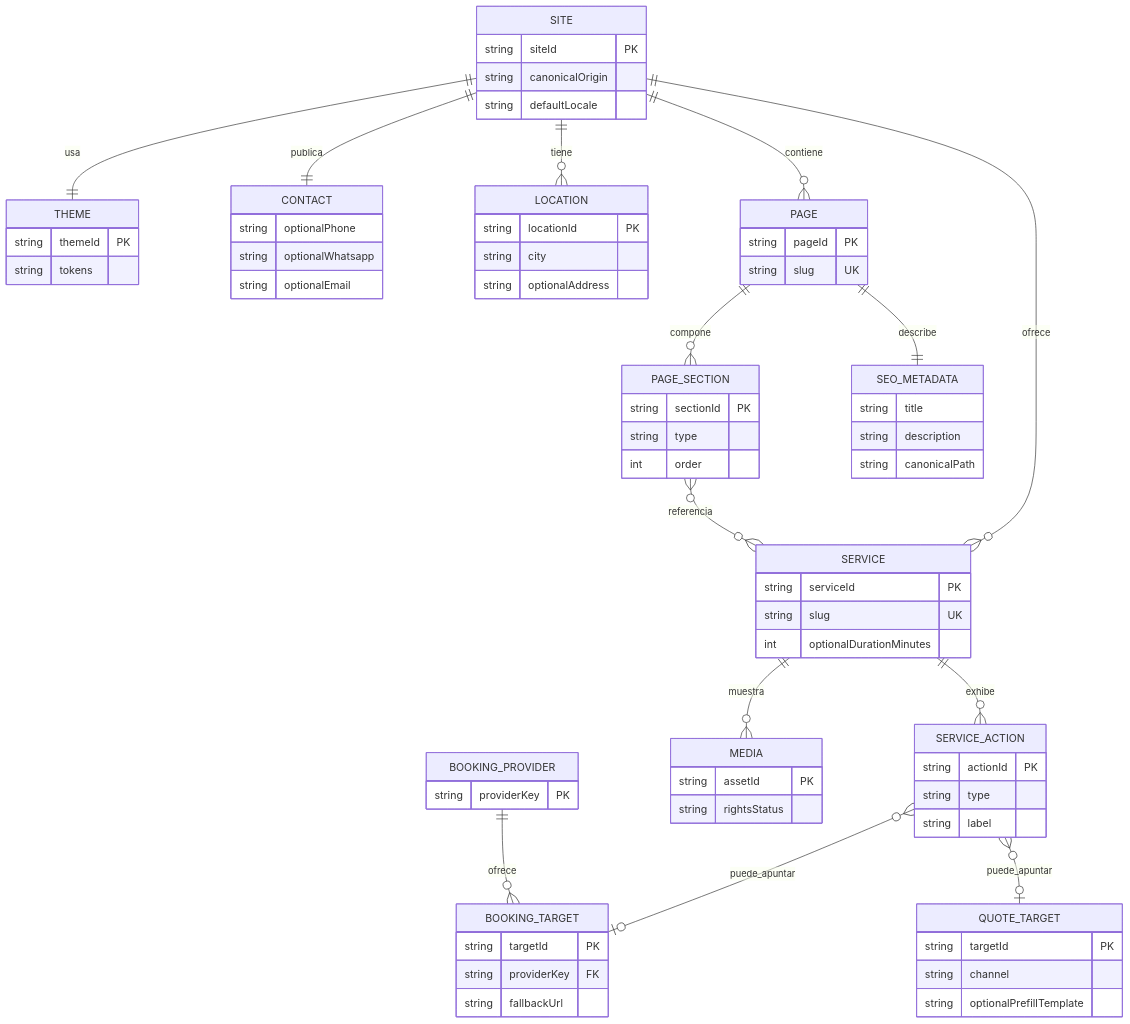
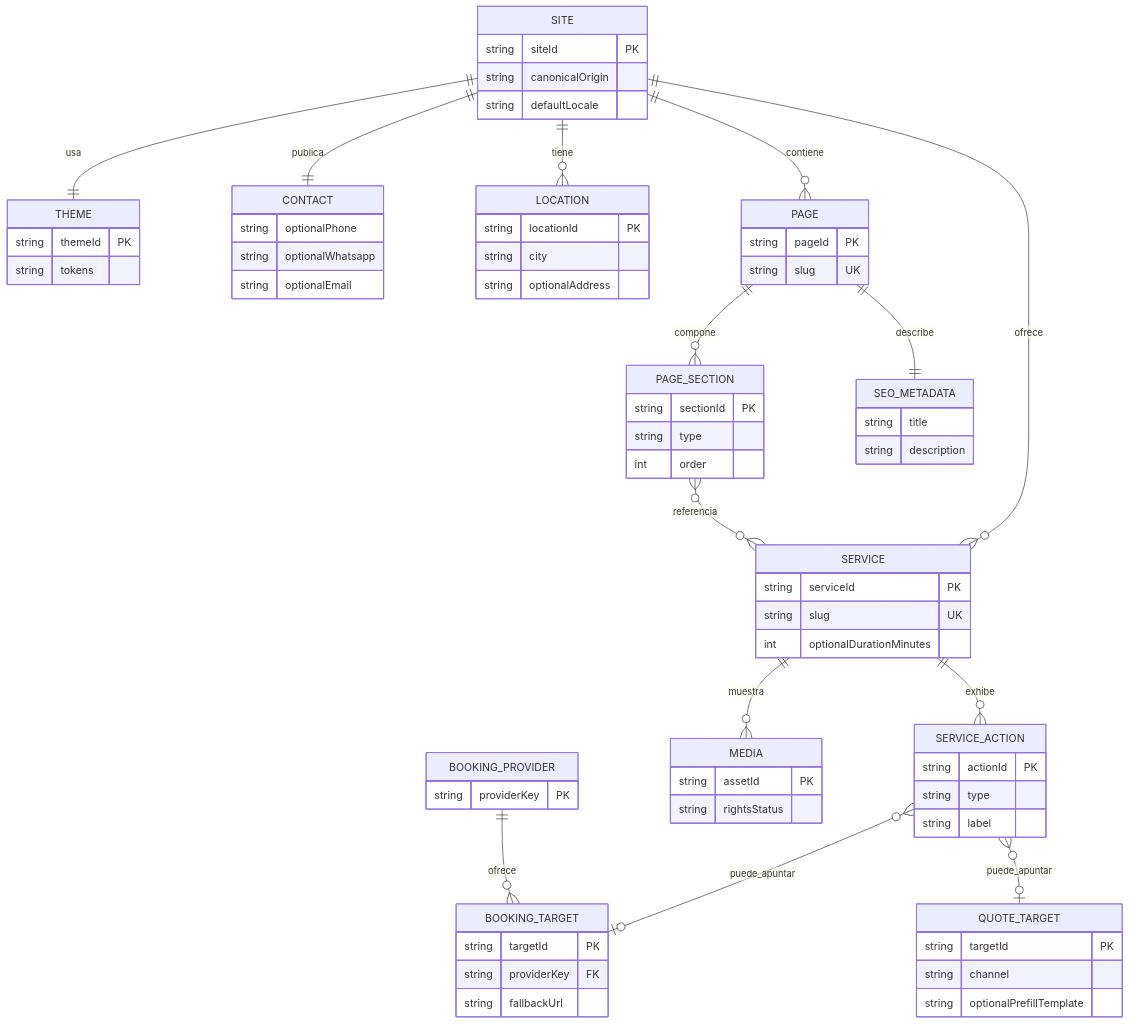
One commit to Gonzalo-Linares/Littzite changed the second of 2 diagrams in docs/03-domain-model.md. Above: the diagram before and after it, drawn with Mermaid. The commit also changed other lines of this file and 17 other files, not shown here.

````diff
--- a/docs/03-domain-model.md
+++ b/docs/03-domain-model.md
@@ -138,76 +136,75 @@
 ```mermaid
 erDiagram
   SITE ||--|| THEME : usa
   SITE ||--|| CONTACT : publica
   SITE ||--o{ LOCATION : tiene
   SITE ||--o{ PAGE : contiene
   SITE ||--o{ SERVICE : ofrece
   PAGE ||--o{ PAGE_SECTION : compone
   PAGE_SECTION }o--o{ SERVICE : referencia
   SERVICE ||--o{ SERVICE_ACTION : exhibe
   SERVICE ||--o{ MEDIA : muestra
   SERVICE_ACTION }o--o| BOOKING_TARGET : puede_apuntar
   SERVICE_ACTION }o--o| QUOTE_TARGET : puede_apuntar
   BOOKING_PROVIDER ||--o{ BOOKING_TARGET : ofrece
   PAGE ||--|| SEO_METADATA : describe
   SITE {
     string siteId PK
     string canonicalOrigin
     string defaultLocale
   }
   THEME {
     string themeId PK
     string tokens
   }
   CONTACT {
     string optionalPhone
     string optionalWhatsapp
     string optionalEmail
   }
   LOCATION {
     string locationId PK
     string city
     string optionalAddress
   }
   PAGE {
     string pageId PK
     string slug UK
   }
   PAGE_SECTION {
     string sectionId PK
     string type
     int order
   }
   SERVICE {
     string serviceId PK
     string slug UK
     int optionalDurationMinutes
   }
   SERVICE_ACTION {
     string actionId PK
     string type
     string label
   }
   BOOKING_PROVIDER {
     string providerKey PK
   }
   BOOKING_TARGET {
     string targetId PK
     string providerKey FK
     string fallbackUrl
   }
   QUOTE_TARGET {
     string targetId PK
     string channel
     string optionalPrefillTemplate
   }
   MEDIA {
     string assetId PK
     string rightsStatus
   }
   SEO_METADATA {
     string title
     string description
-    string canonicalPath
   }
 ```
````
